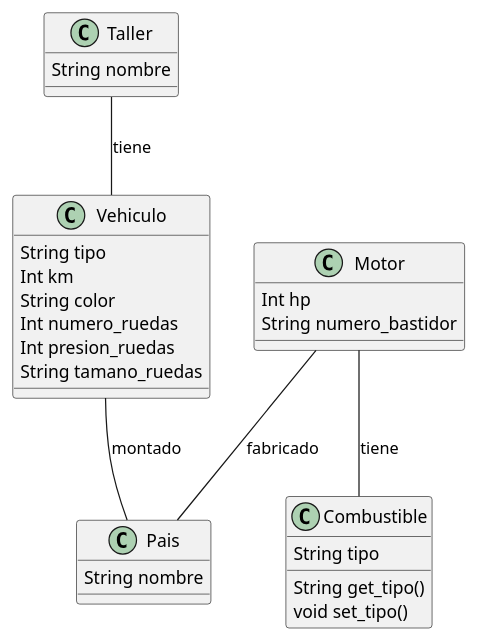
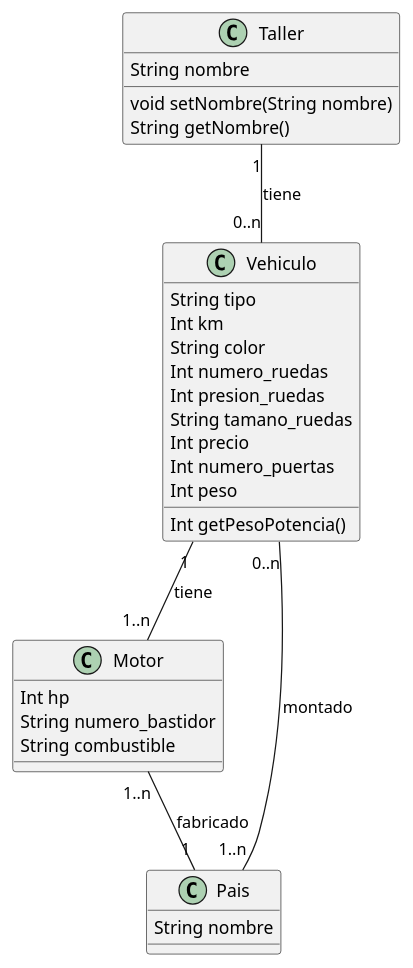
The diagram in Taller_vehiculos.md (Eidansoft/git_playground), drawn with PlantUML before and after one commit. The commit also changed other lines of this file, not shown here.

Commit message:
TICKET-2: actualizadas relaciones

```diff
--- a/Taller_vehiculos.md
+++ b/Taller_vehiculos.md
@@ -1,30 +1,33 @@
 @startuml
 class Taller {
     String nombre
+    void setNombre(String nombre)
+    String getNombre()
 }
 class Vehiculo {
     String tipo
     Int km
     String color
     Int numero_ruedas
     Int presion_ruedas
     String tamano_ruedas
+    Int precio
+    Int numero_puertas
+    Int peso
+    Int getPesoPotencia()
 }
 class Motor {
     Int hp
     String numero_bastidor
+    String combustible
 }
-class Combustible {
-    String tipo
-    String get_tipo()
-    void set_tipo()
-}
+
 class Pais {
     String nombre
 }
 
-Vehiculo -- Pais : montado
-Motor -- Pais : fabricado
-Motor -- Combustible : tiene
-Taller -- Vehiculo : tiene
+Vehiculo "0..n" -- "1..n" Pais : montado
+Motor "1..n" -- "1" Pais : fabricado
+Taller "1" -- "0..n" Vehiculo : tiene
+Vehiculo "1" -- "1..n" Motor : tiene
 @enduml
```
